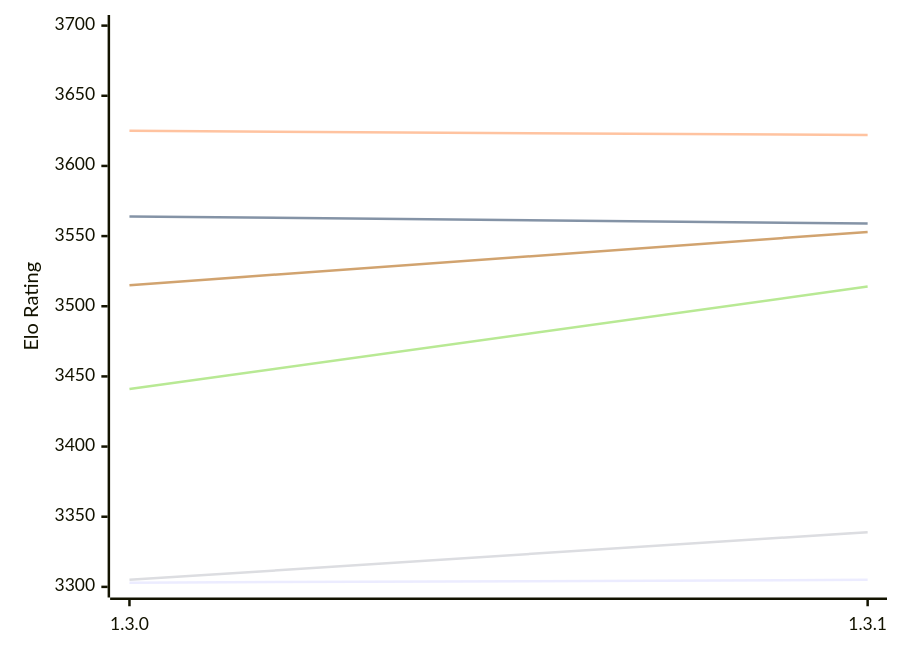
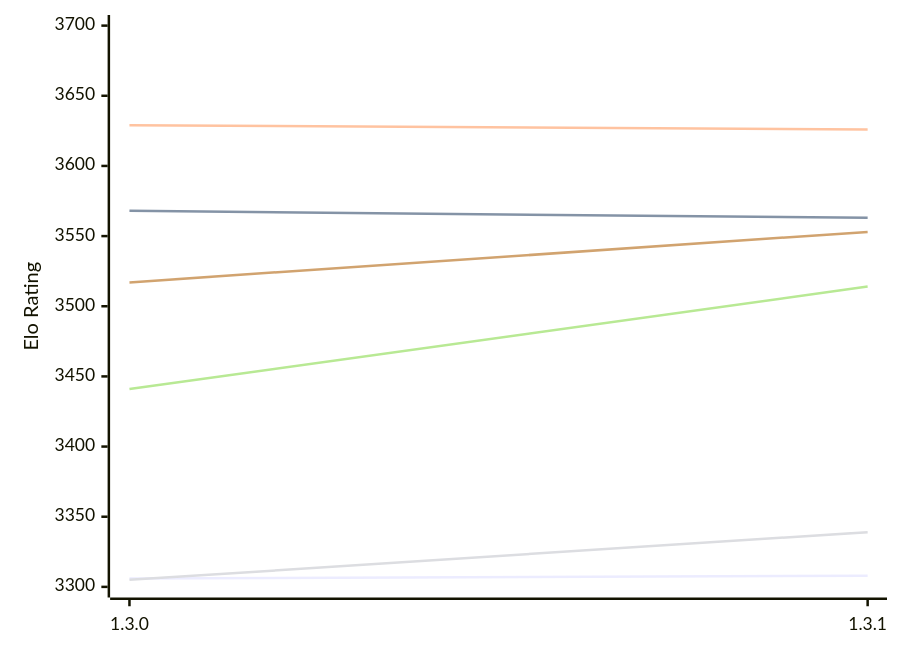
The first of 2 diagrams in engines/Renegade.md (computer-chess-index/cci), drawn with Mermaid before and after one commit. The commit also changed other lines of this file, not shown here.

Commit message:
Update CCI Ratings (ELO VLTC) - 2026-11-22

````diff
--- a/engines/Renegade.md
+++ b/engines/Renegade.md
@@ -50,12 +50,12 @@
 ```mermaid
 %%{init: {"theme":"base","themeVariables":{"seriesColors:['#a3a3a3','#222221','#faa371']}}}%%
 xychart-beta
   x-axis ["1.3.0", "1.3.1"]
   y-axis "Elo Rating" 3300 --> 3700
-  line "E1: STC (8.0+0.08s)" [3303, 3305]
-  line "E1: LTC (60.0+0.60s)" [3564, 3559]
-  line "E1: VLTC (2m24s+1.12s)" [3625, 3622]
+  line "E1: STC (8.0+0.08s)" [3306, 3308]
+  line "E1: LTC (60.0+0.60s)" [3568, 3563]
+  line "E1: VLTC (2m24s+1.12s)" [3629, 3626]
   line "P1: STC (8.0+0.08s)" [3305, 3339]
   line "P1: LTC (60.0+0.60s)" [3441, 3514]
-  line "P1: VLTC (2m24s+1.12s)" [3515, 3553]
+  line "P1: VLTC (2m24s+1.12s)" [3517, 3553]
 ```
````
